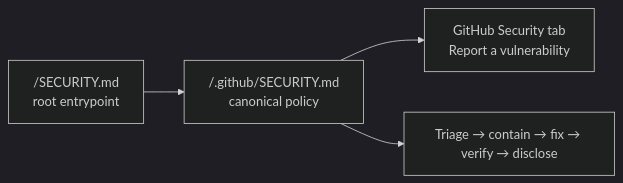
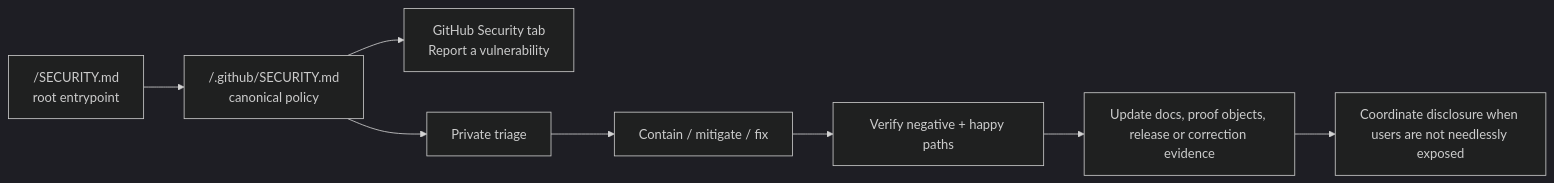
Before and after one commit to bartytime4life/Kansas-Frontier-Matrix: the diagram in SECURITY.md, drawn with Mermaid (dark theme). The commit also changed other lines of this file, not shown here.

````diff
--- a/SECURITY.md
+++ b/SECURITY.md
@@ -113,6 +166,10 @@
 ```mermaid
 flowchart LR
-    A["/SECURITY.md<br>root entrypoint"] --> B["/.github/SECURITY.md<br>canonical policy"]
-    B --> C["GitHub Security tab<br>Report a vulnerability"]
-    B --> D["Triage → contain → fix → verify → disclose"]
+    A["/SECURITY.md<br/>root entrypoint"] --> B["/.github/SECURITY.md<br/>canonical policy"]
+    B --> C["GitHub Security tab<br/>Report a vulnerability"]
+    B --> D["Private triage"]
+    D --> E["Contain / mitigate / fix"]
+    E --> F["Verify negative + happy paths"]
+    F --> G["Update docs, proof objects, release or correction evidence"]
+    G --> H["Coordinate disclosure when users are not needlessly exposed"]
 ```
````
